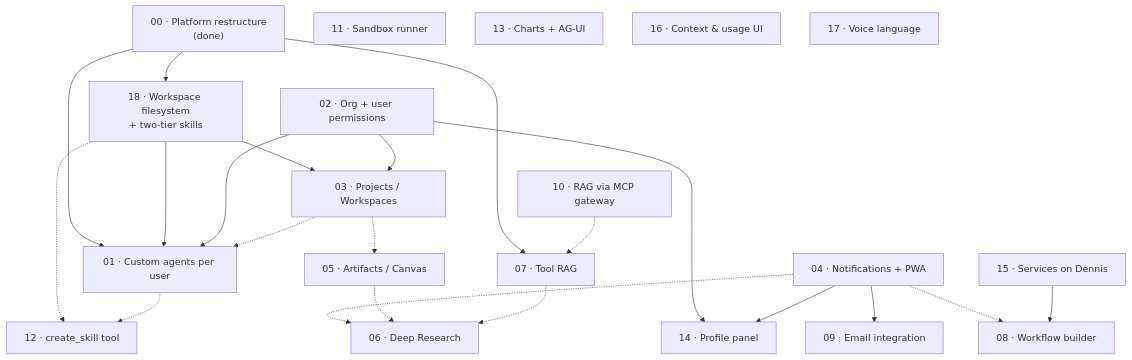
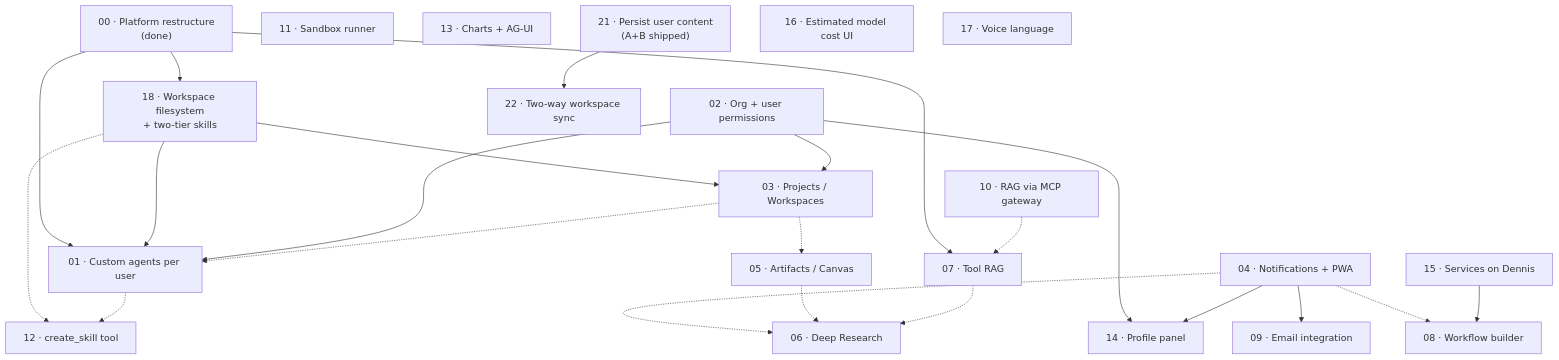
The diagram in docs/plans/README.md (konstantinosmpouros/mAgenticX), drawn with Mermaid before and after one commit. The commit also changed other lines of this file and 31 other files, not shown here.

````diff
--- a/docs/plans/README.md
+++ b/docs/plans/README.md
@@ -59,27 +60,28 @@
 ```mermaid
 flowchart TD
     P00["00 · Platform restructure<br/>(done)"] --> P01["01 · Custom agents per user"]
     P00 --> P07["07 · Tool RAG"]
     P00 --> P18["18 · Workspace filesystem<br/>+ two-tier skills"]
     P18 --> P01
     P18 --> P03["03 · Projects / Workspaces"]
     P18 -.-> P12["12 · create_skill tool"]
     P02["02 · Org + user permissions"] --> P01
     P02 --> P03
     P02 --> P14["14 · Profile panel"]
     P03 -.-> P01
     P03 -.-> P05["05 · Artifacts / Canvas"]
     P04["04 · Notifications + PWA"] --> P14
     P04 --> P09["09 · Email integration"]
     P04 -.-> P06["06 · Deep Research"]
     P04 -.-> P08["08 · Workflow builder"]
     P05 -.-> P06
     P07 -.-> P06
     P15["15 · Services on Dennis"] --> P08
     P10["10 · RAG via MCP gateway"] -.-> P07
     P01 -.-> P12
     P11["11 · Sandbox runner"]
     P13["13 · Charts + AG-UI"]
-    P16["16 · Context & usage UI"]
+    P21["21 · Persist user content<br/>(A+B shipped)"] --> P22["22 · Two-way workspace sync"]
+    P16["16 · Estimated model cost UI"]
     P17["17 · Voice language"]
 ```
````
